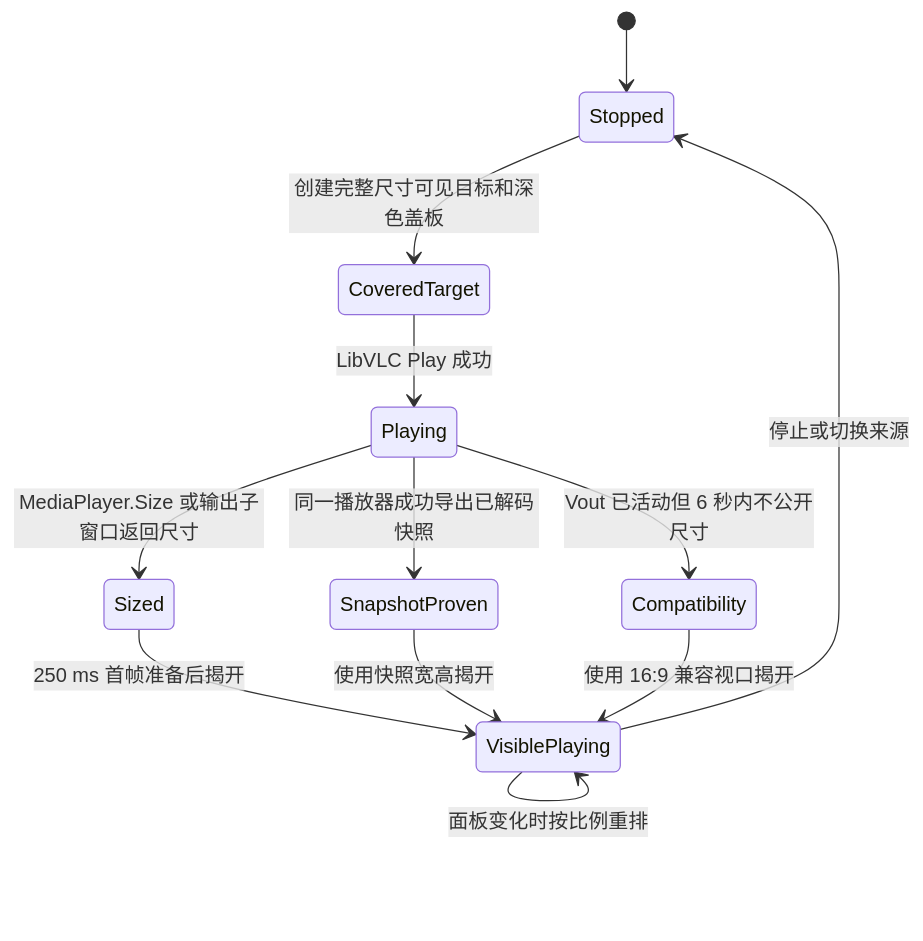
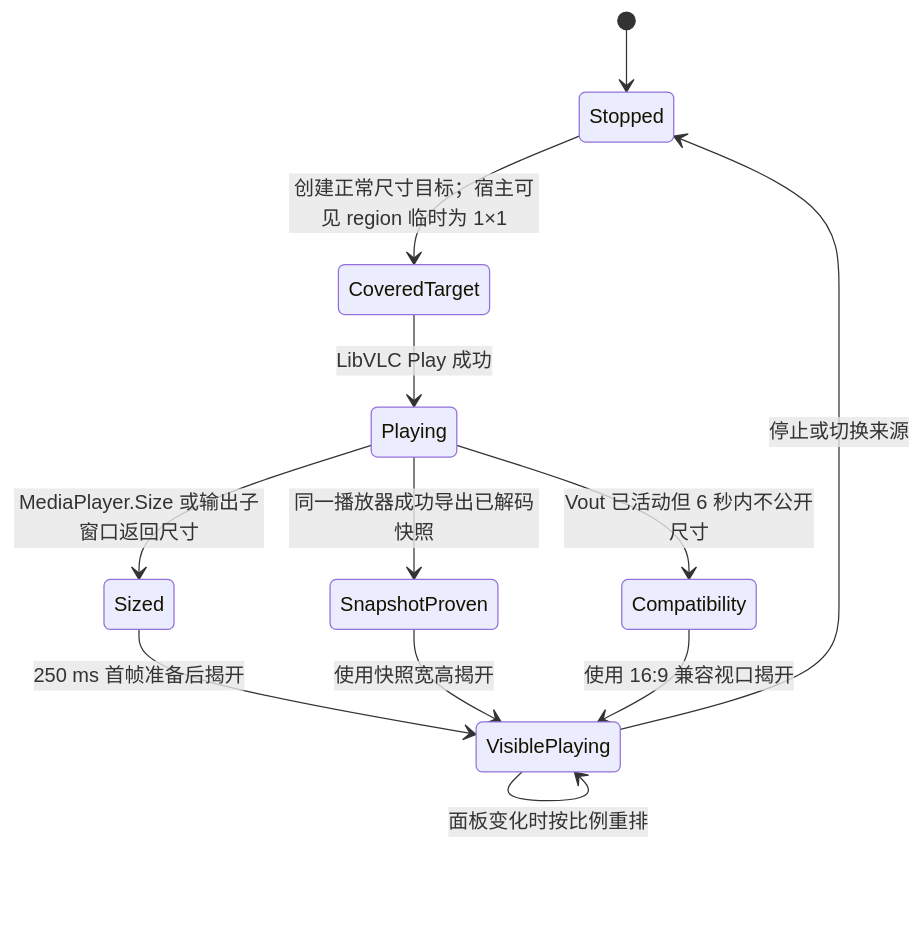
The second of 2 diagrams in docs/RTSP_PREVIEW_NATIVE_AIRSPACE_INCIDENT.zh-CN.md (sedirk/nina.plugin.aiweather-advanced), drawn with Mermaid before and after one commit. The commit also changed other lines of this file and 7 other files, not shown here.

````diff
--- a/docs/RTSP_PREVIEW_NATIVE_AIRSPACE_INCIDENT.zh-CN.md
+++ b/docs/RTSP_PREVIEW_NATIVE_AIRSPACE_INCIDENT.zh-CN.md
@@ -163,14 +178,14 @@
 ```mermaid
 stateDiagram-v2
     [*] --> Stopped
-    Stopped --> CoveredTarget: 创建完整尺寸可见目标和深色盖板
+    Stopped --> CoveredTarget: 创建正常尺寸目标；宿主可见 region 临时为 1×1
     CoveredTarget --> Playing: LibVLC Play 成功
     Playing --> Sized: MediaPlayer.Size 或输出子窗口返回尺寸
     Playing --> SnapshotProven: 同一播放器成功导出已解码快照
     Playing --> Compatibility: Vout 已活动但 6 秒内不公开尺寸
     Sized --> VisiblePlaying: 250 ms 首帧准备后揭开
     SnapshotProven --> VisiblePlaying: 使用快照宽高揭开
     Compatibility --> VisiblePlaying: 使用 16:9 兼容视口揭开
     VisiblePlaying --> VisiblePlaying: 面板变化时按比例重排
     VisiblePlaying --> Stopped: 停止或切换来源
 ```
````
